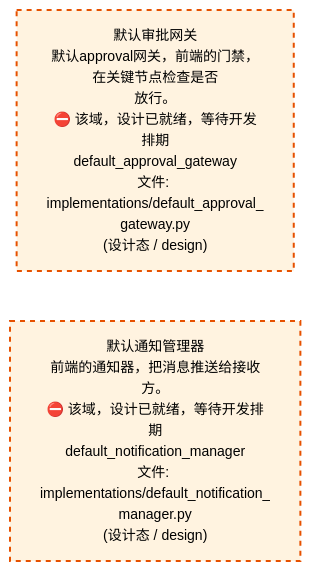
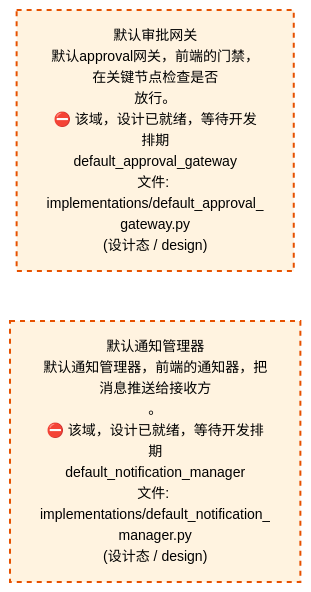
One commit to xuanFelixVan/ZephyrAlpha changed the third of 4 diagrams in docs/02_enterprise_architecture/02_domain_architecture_docs/47_d_frontend.md. Above: the diagram before and after it, drawn with Mermaid. The commit also changed other lines of this file and 56 other files, not shown here.

````diff
--- a/docs/02_enterprise_architecture/02_domain_architecture_docs/47_d_frontend.md
+++ b/docs/02_enterprise_architecture/02_domain_architecture_docs/47_d_frontend.md
@@ -177,12 +177,12 @@
 ```mermaid
 %%{init: {'theme': 'base', 'themeVariables': {'primaryColor': '#eaeaea', 'primaryTextColor': '#333333', 'primaryBorderColor': '#666666', 'lineColor': '#666666', 'secondaryColor': '#eaeaea', 'tertiaryColor': '#eaeaea', 'fontSize': '14px'}}}%%
 flowchart TD
     src_zephyr_frontend_implementations_default_approval_gateway_py["默认审批网关<br/>默认approval网关，前端的门禁，在关键节点检查是否<br/>放行。<br/>⛔ 该域，设计已就绪，等待开发排期<br/>default_approval_gateway<br/>文件: implementations/default_approval_<br/>gateway.py<br/>(设计态 / design)"]
-    src_zephyr_frontend_implementations_default_notification_manager_py["默认通知管理器<br/>前端的通知器，把消息推送给接收方。<br/>⛔ 该域，设计已就绪，等待开发排期<br/>default_notification_manager<br/>文件: implementations/default_notification_<br/>manager.py<br/>(设计态 / design)"]
+    src_zephyr_frontend_implementations_default_notification_manager_py["默认通知管理器<br/>默认通知管理器，前端的通知器，把消息推送给接收方<br/>。<br/>⛔ 该域，设计已就绪，等待开发排期<br/>default_notification_manager<br/>文件: implementations/default_notification_<br/>manager.py<br/>(设计态 / design)"]
     src_zephyr_frontend_implementations_default_approval_gateway_py ~~~ src_zephyr_frontend_implementations_default_notification_manager_py
     classDef production fill:#e1f5fe,stroke:#01579b,stroke-width:2px,color:#000
     classDef design fill:#fff3e0,stroke:#e65100,stroke-width:2px,color:#000,stroke-dasharray: 5 5
     classDef external_prod fill:#e8f4fd,stroke:#0277bd,stroke-width:1px,color:#000
     classDef external_design fill:#fff8e7,stroke:#ef6c00,stroke-width:1px,color:#000,stroke-dasharray: 5 5
     class src_zephyr_frontend_implementations_default_approval_gateway_py,src_zephyr_frontend_implementations_default_notification_manager_py design
 ```
````
